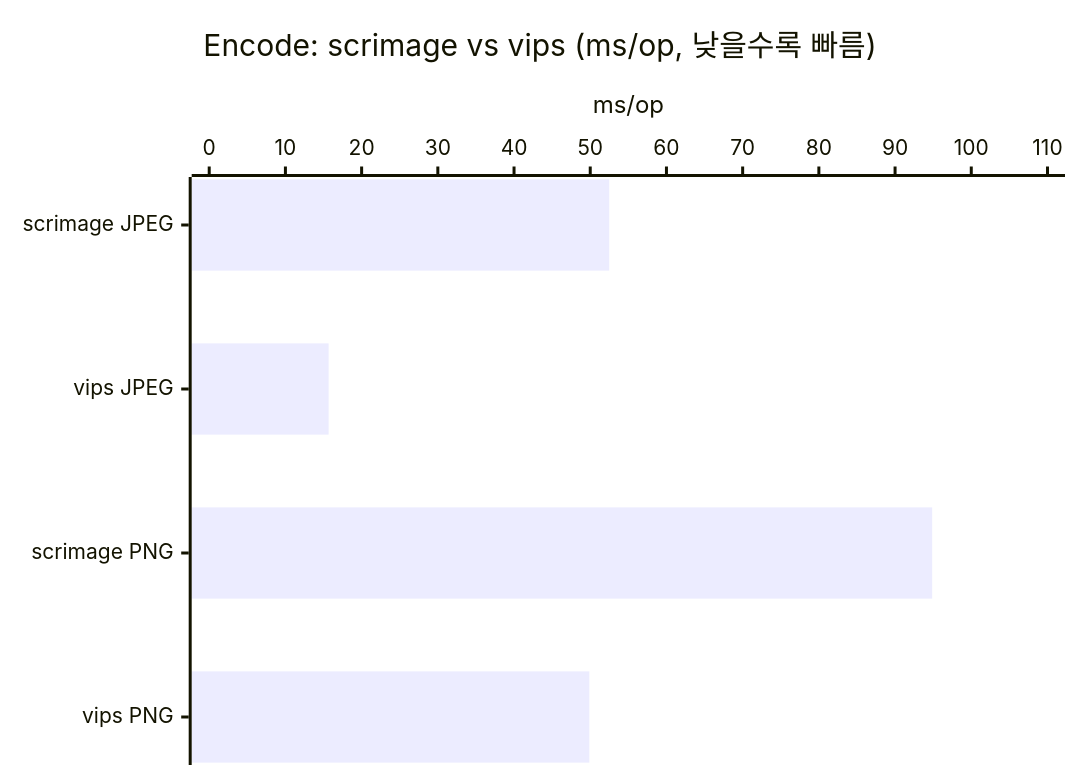
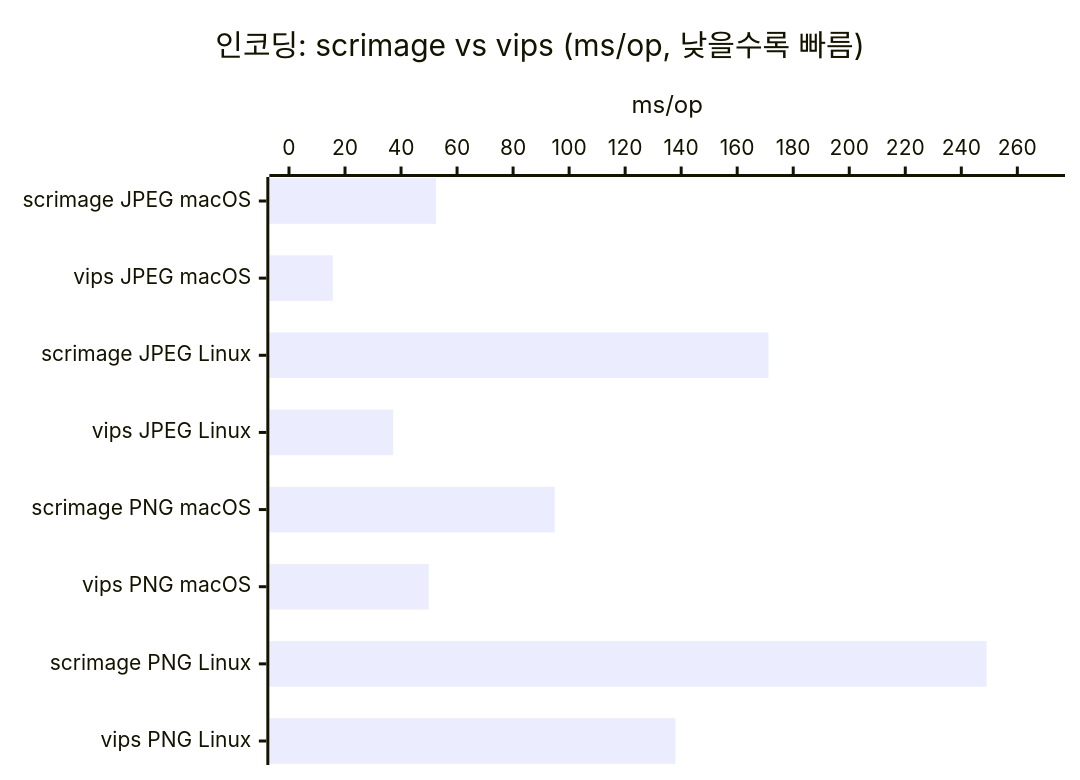
Before and after one commit to bluetape4k/bluetape4k-projects: the third of 4 diagrams in images/images-benchmark/README.ko.md, drawn with Mermaid. The commit also changed other lines of this file and 4 other files, not shown here.

````diff
--- a/images/images-benchmark/README.ko.md
+++ b/images/images-benchmark/README.ko.md
@@ -65,7 +66,7 @@
 ```mermaid
 xychart-beta horizontal
-    title "Encode: scrimage vs vips (ms/op, 낮을수록 빠름)"
-    x-axis ["scrimage JPEG", "vips JPEG", "scrimage PNG", "vips PNG"]
-    y-axis "ms/op" 0 --> 110
-    bar [52.49, 15.67, 94.87, 49.88]
+    title "인코딩: scrimage vs vips (ms/op, 낮을수록 빠름)"
+    x-axis ["scrimage JPEG macOS", "vips JPEG macOS", "scrimage JPEG Linux", "vips JPEG Linux", "scrimage PNG macOS", "vips PNG macOS", "scrimage PNG Linux", "vips PNG Linux"]
+    y-axis "ms/op" 0 --> 270
+    bar [52.49, 15.67, 171.16, 37.20, 94.87, 49.88, 249.01, 137.95]
 ```
````
